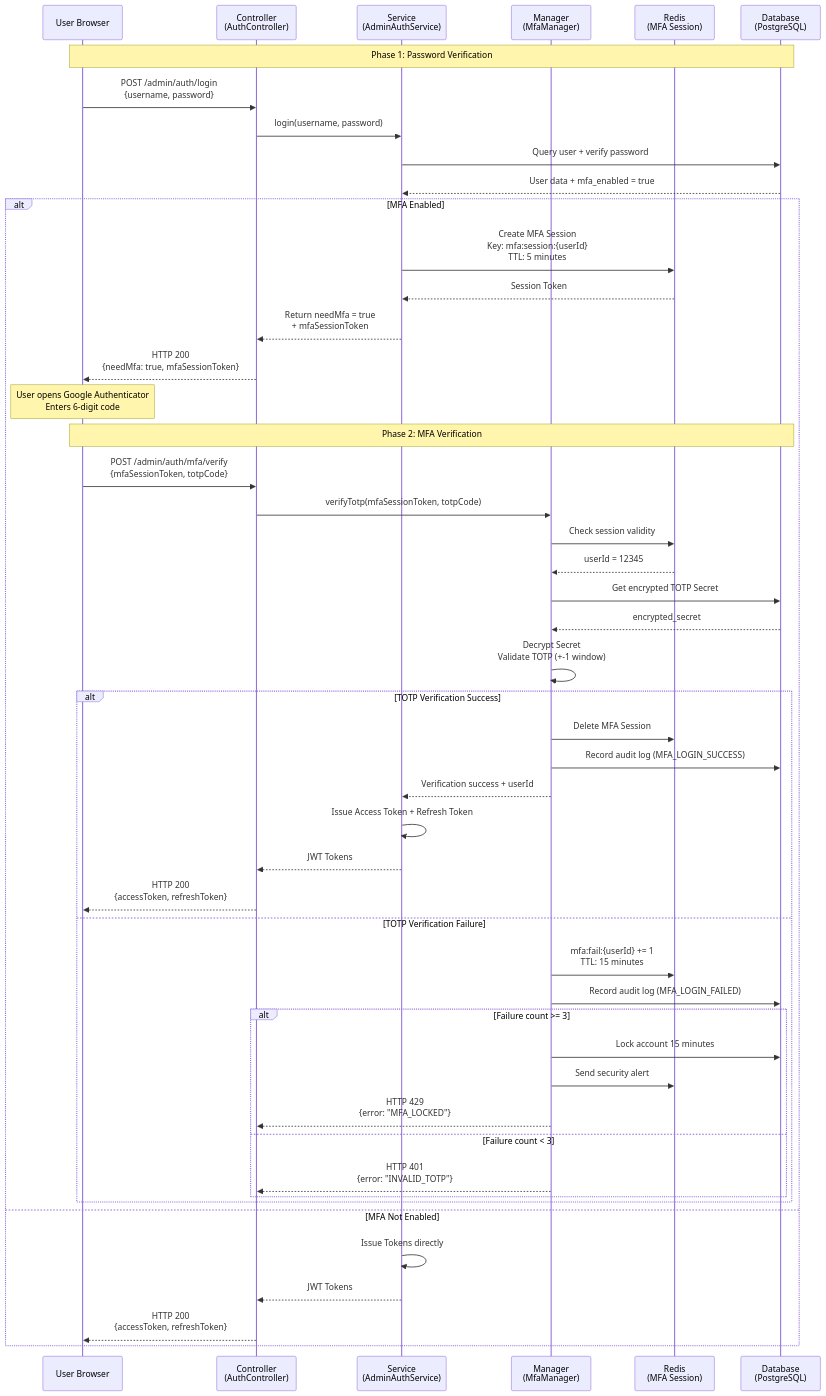
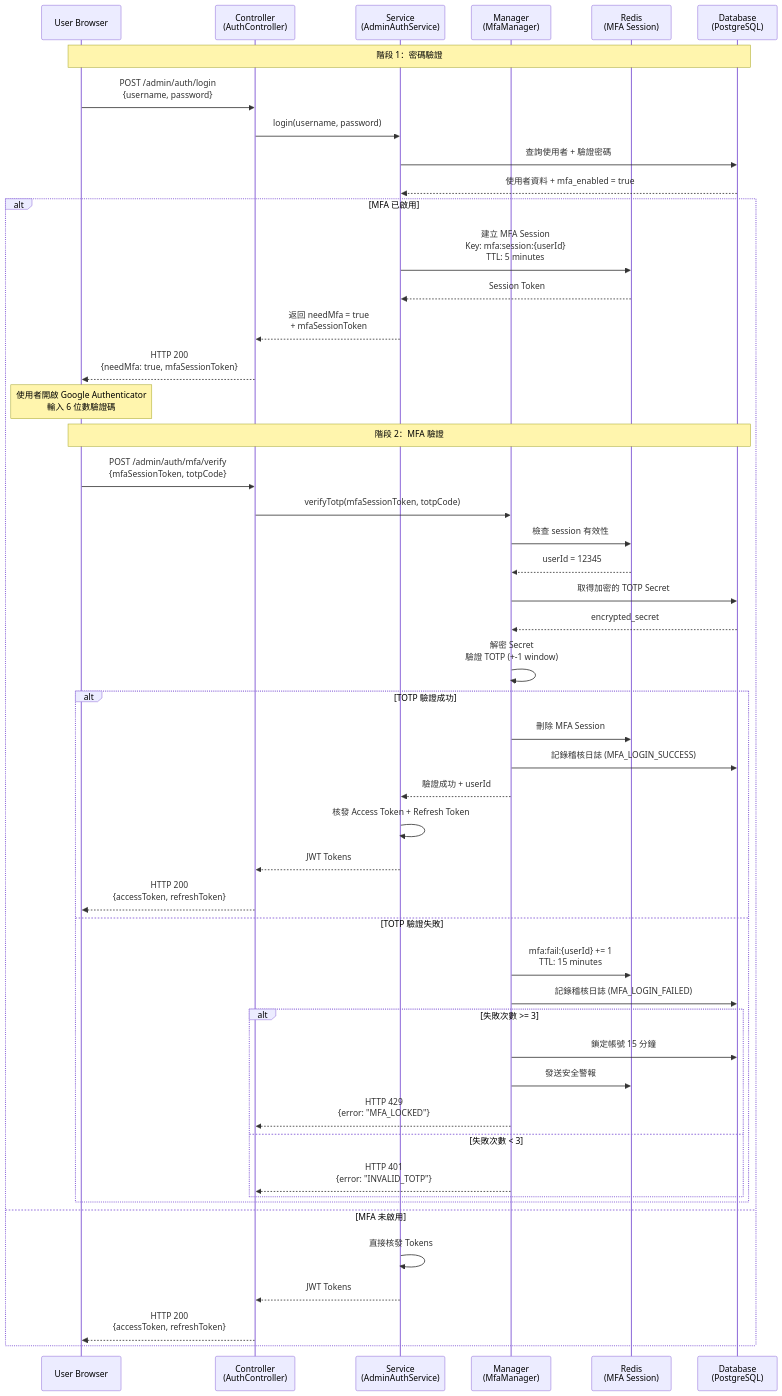
The second of 5 diagrams in docs/iGaming/architecture/06_Platform_Core/MFA_Technical.md (ron03wlb/smart-admin), drawn with Mermaid before and after one commit. The commit also changed other lines of this file and 4 other files, not shown here.

````diff
--- a/docs/iGaming/architecture/06_Platform_Core/MFA_Technical.md
+++ b/docs/iGaming/architecture/06_Platform_Core/MFA_Technical.md
@@ -540,57 +540,57 @@
 ```mermaid
 sequenceDiagram
     participant U as User Browser
     participant C as Controller<br/>(AuthController)
     participant S as Service<br/>(AdminAuthService)
     participant M as Manager<br/>(MfaManager)
     participant R as Redis<br/>(MFA Session)
     participant D as Database<br/>(PostgreSQL)
 
-    Note over U,D: Phase 1: Password Verification
+    Note over U,D: 階段 1：密碼驗證
     U->>C: POST /admin/auth/login<br/>{username, password}
     C->>S: login(username, password)
-    S->>D: Query user + verify password
-    D-->>S: User data + mfa_enabled = true
+    S->>D: 查詢使用者 + 驗證密碼
+    D-->>S: 使用者資料 + mfa_enabled = true
 
-    alt MFA Enabled
-        S->>R: Create MFA Session<br/>Key: mfa:session:{userId}<br/>TTL: 5 minutes
+    alt MFA 已啟用
+        S->>R: 建立 MFA Session<br/>Key: mfa:session:{userId}<br/>TTL: 5 minutes
         R-->>S: Session Token
-        S-->>C: Return needMfa = true<br/>+ mfaSessionToken
+        S-->>C: 返回 needMfa = true<br/>+ mfaSessionToken
         C-->>U: HTTP 200<br/>{needMfa: true, mfaSessionToken}
 
-        Note over U: User opens Google Authenticator<br/>Enters 6-digit code
+        Note over U: 使用者開啟 Google Authenticator<br/>輸入 6 位數驗證碼
 
-        Note over U,D: Phase 2: MFA Verification
+        Note over U,D: 階段 2：MFA 驗證
         U->>C: POST /admin/auth/mfa/verify<br/>{mfaSessionToken, totpCode}
         C->>M: verifyTotp(mfaSessionToken, totpCode)
-        M->>R: Check session validity
+        M->>R: 檢查 session 有效性
         R-->>M: userId = 12345
-        M->>D: Get encrypted TOTP Secret
+        M->>D: 取得加密的 TOTP Secret
         D-->>M: encrypted_secret
-        M->>M: Decrypt Secret<br/>Validate TOTP (+-1 window)
+        M->>M: 解密 Secret<br/>驗證 TOTP (+-1 window)
 
-        alt TOTP Verification Success
-            M->>R: Delete MFA Session
-            M->>D: Record audit log (MFA_LOGIN_SUCCESS)
-            M-->>S: Verification success + userId
-            S->>S: Issue Access Token + Refresh Token
+        alt TOTP 驗證成功
+            M->>R: 刪除 MFA Session
+            M->>D: 記錄稽核日誌 (MFA_LOGIN_SUCCESS)
+            M-->>S: 驗證成功 + userId
+            S->>S: 核發 Access Token + Refresh Token
             S-->>C: JWT Tokens
             C-->>U: HTTP 200<br/>{accessToken, refreshToken}
-        else TOTP Verification Failure
+        else TOTP 驗證失敗
             M->>R: mfa:fail:{userId} += 1<br/>TTL: 15 minutes
-            M->>D: Record audit log (MFA_LOGIN_FAILED)
+            M->>D: 記錄稽核日誌 (MFA_LOGIN_FAILED)
 
-            alt Failure count >= 3
-                M->>D: Lock account 15 minutes
-                M->>R: Send security alert
+            alt 失敗次數 >= 3
+                M->>D: 鎖定帳號 15 分鐘
+                M->>R: 發送安全警報
                 M-->>C: HTTP 429<br/>{error: "MFA_LOCKED"}
-            else Failure count < 3
+            else 失敗次數 < 3
                 M-->>C: HTTP 401<br/>{error: "INVALID_TOTP"}
             end
         end
-    else MFA Not Enabled
-        S->>S: Issue Tokens directly
+    else MFA 未啟用
+        S->>S: 直接核發 Tokens
         S-->>C: JWT Tokens
         C-->>U: HTTP 200<br/>{accessToken, refreshToken}
     end
 ```
````
